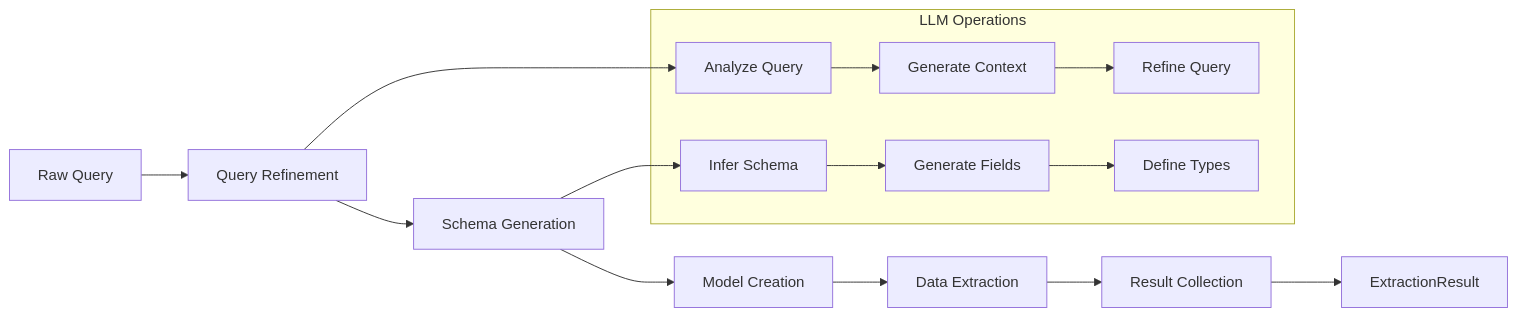
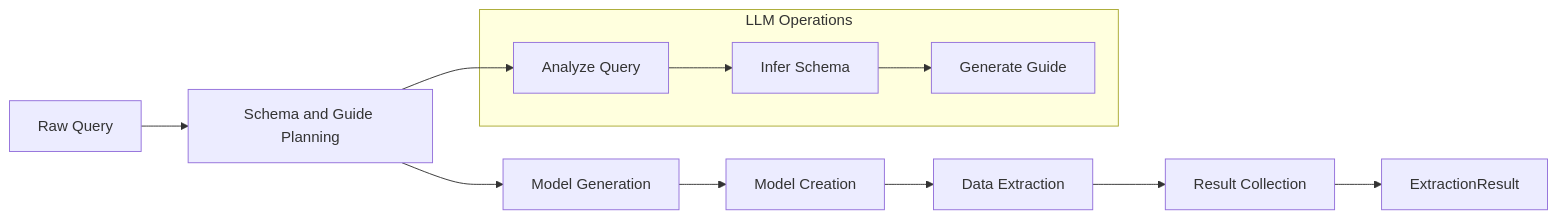
Before and after one commit to Blacksuan19/structx: the first of 2 diagrams in docs/guides/basic-extraction.md, drawn with Mermaid. The commit also changed other lines of this file and 10 other files, not shown here.

````diff
--- a/docs/guides/basic-extraction.md
+++ b/docs/guides/basic-extraction.md
@@ -22,20 +21,16 @@
 ```mermaid
 graph LR
-    A[Raw Query] --> B[Query Refinement]
-    B --> C[Schema Generation]
+    A[Raw Query] --> B[Schema and Guide Planning]
+    B --> C[Model Generation]
     C --> D[Model Creation]
     D --> E[Data Extraction]
     E --> F[Result Collection]
     F --> G[ExtractionResult]
 
     subgraph "LLM Operations"
-        B1[Analyze Query] --> B2[Generate Context]
-        B2 --> B3[Refine Query]
-
-        C1[Infer Schema] --> C2[Generate Fields]
-        C2 --> C3[Define Types]
+        B1[Analyze Query] --> B2[Infer Schema]
+        B2 --> B3[Generate Guide]
     end
 
     B --> B1
-    C --> C1
 ```
````
